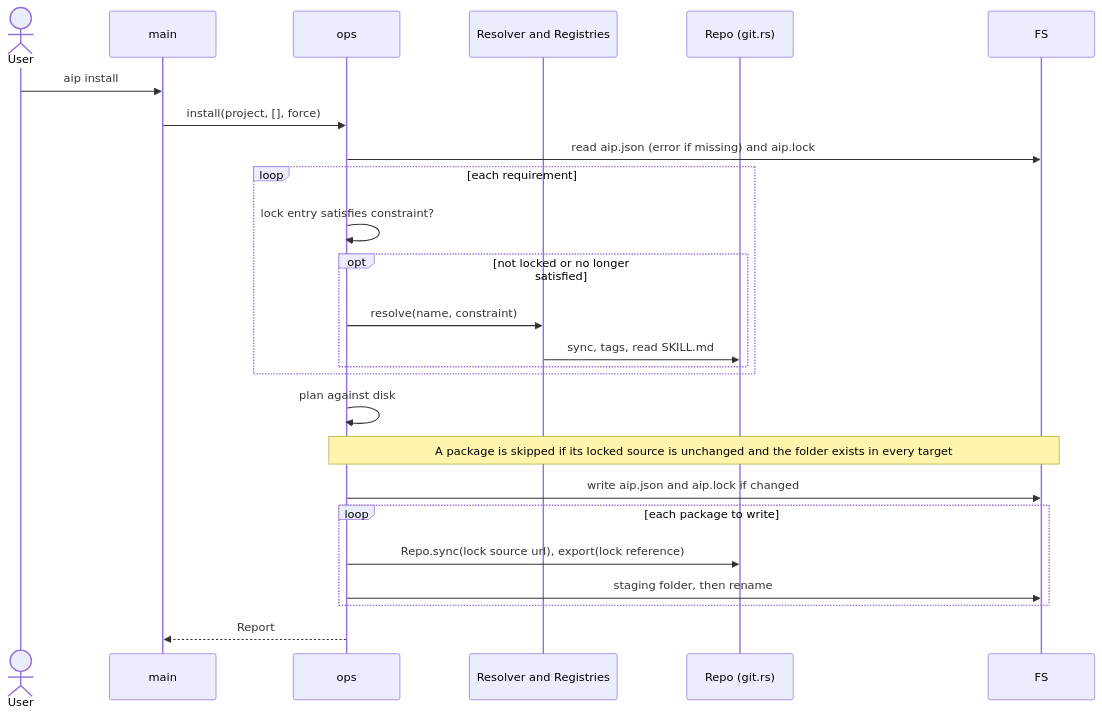
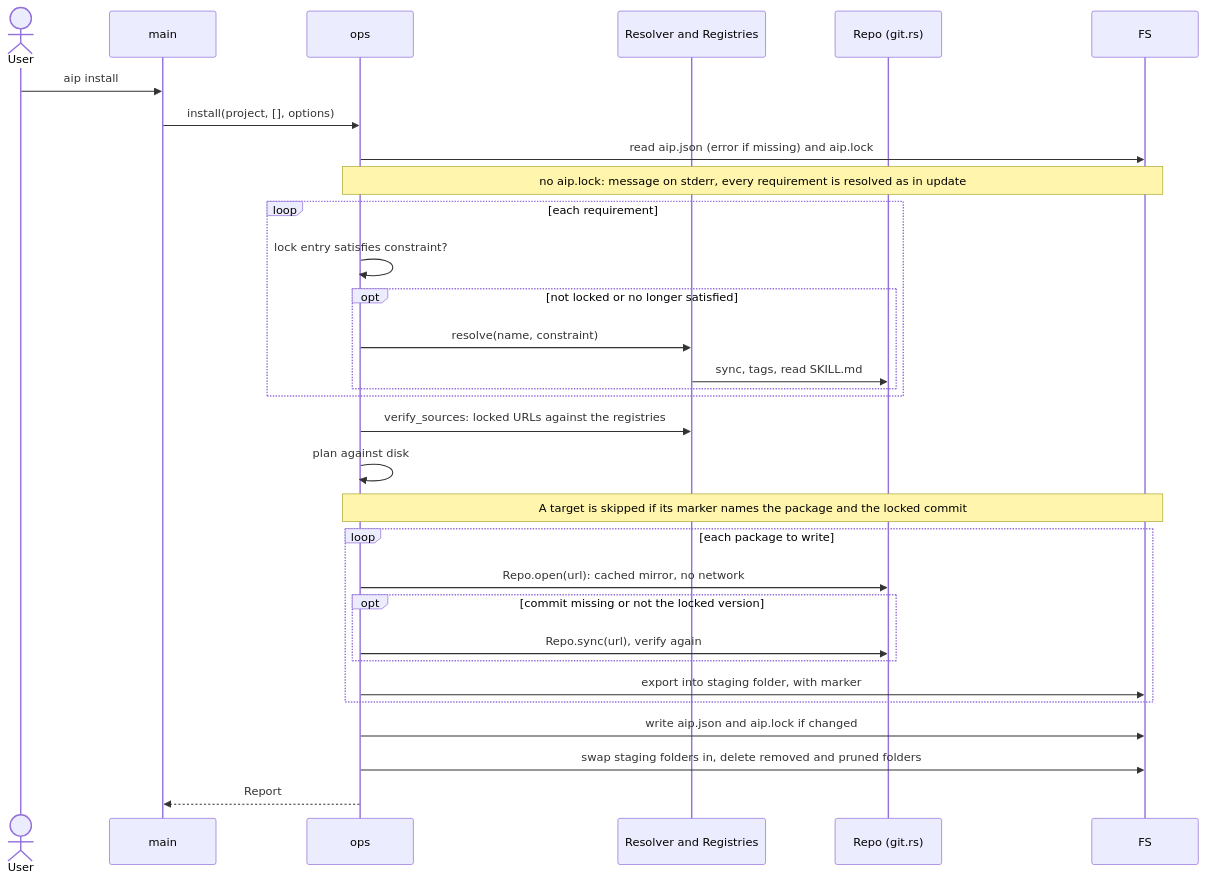
One commit to floriankraemer/ai-package-manger changed the second of 7 diagrams in docs/architecture/arc42/06-runtime-view.md. Above: the diagram before and after it, drawn with Mermaid. The commit also changed other lines of this file and 18 other files, not shown here.

````diff
--- a/docs/architecture/arc42/06-runtime-view.md
+++ b/docs/architecture/arc42/06-runtime-view.md
@@ -48,27 +54,33 @@
 ```mermaid
 sequenceDiagram
     actor U as User
     participant M as main
     participant O as ops
     participant R as Resolver and Registries
     participant G as Repo (git.rs)
     participant F as FS
     U->>M: aip install
-    M->>O: install(project, [], force)
+    M->>O: install(project, [], options)
     O->>F: read aip.json (error if missing) and aip.lock
+    Note over O,F: no aip.lock: message on stderr, every requirement is resolved as in update
     loop each requirement
         O->>O: lock entry satisfies constraint?
         opt not locked or no longer satisfied
             O->>R: resolve(name, constraint)
             R->>G: sync, tags, read SKILL.md
         end
     end
+    O->>R: verify_sources: locked URLs against the registries
     O->>O: plan against disk
-    Note over O,F: A package is skipped if its locked source is unchanged and the folder exists in every target
+    Note over O,F: A target is skipped if its marker names the package and the locked commit
+    loop each package to write
+        O->>G: Repo.open(url): cached mirror, no network
+        opt commit missing or not the locked version
+            O->>G: Repo.sync(url), verify again
+        end
+        O->>F: export into staging folder, with marker
+    end
     O->>F: write aip.json and aip.lock if changed
-    loop each package to write
-        O->>G: Repo.sync(lock source url), export(lock reference)
-        O->>F: staging folder, then rename
-    end
+    O->>F: swap staging folders in, delete removed and pruned folders
     O-->>M: Report
 ```
````
